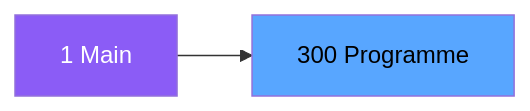
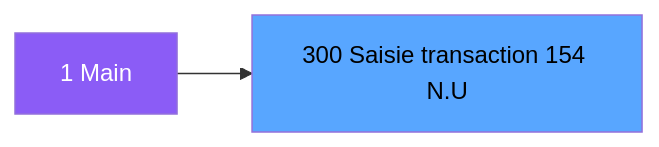
Before and after one commit to thonyAGP/magic-migration: the second of 3 diagrams in .openspec/specs/ADH-IDE-300.md, drawn with Mermaid. The commit also changed other lines of this file and 323 other files, not shown here.

````diff
--- a/.openspec/specs/ADH-IDE-300.md
+++ b/.openspec/specs/ADH-IDE-300.md
@@ -118,8 +144,8 @@
 ```mermaid
 graph LR
     M[1 Main]
-    T[300 Programme]
+    T[300 Saisie transaction 154 N.U]
     M --> T
     style M fill:#8b5cf6,color:#fff
     style T fill:#58a6ff,color:#000
 ```
````
